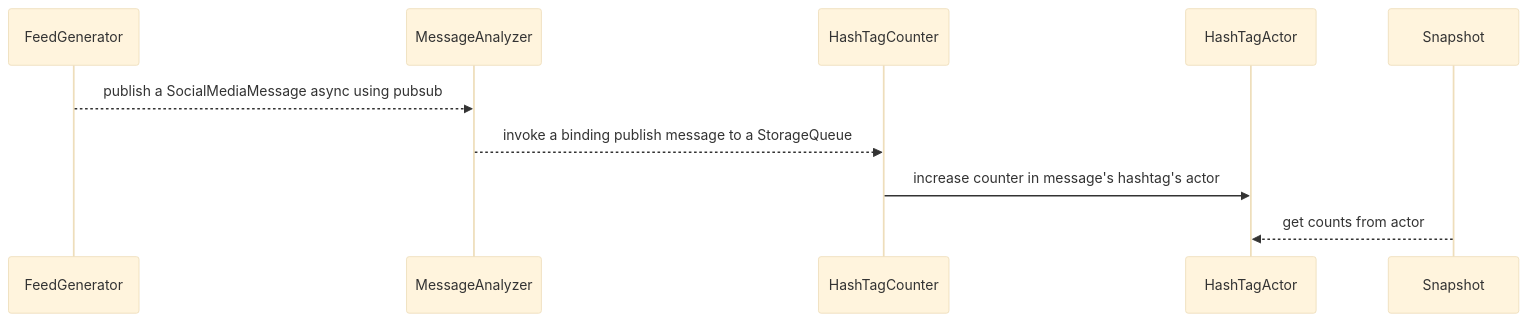
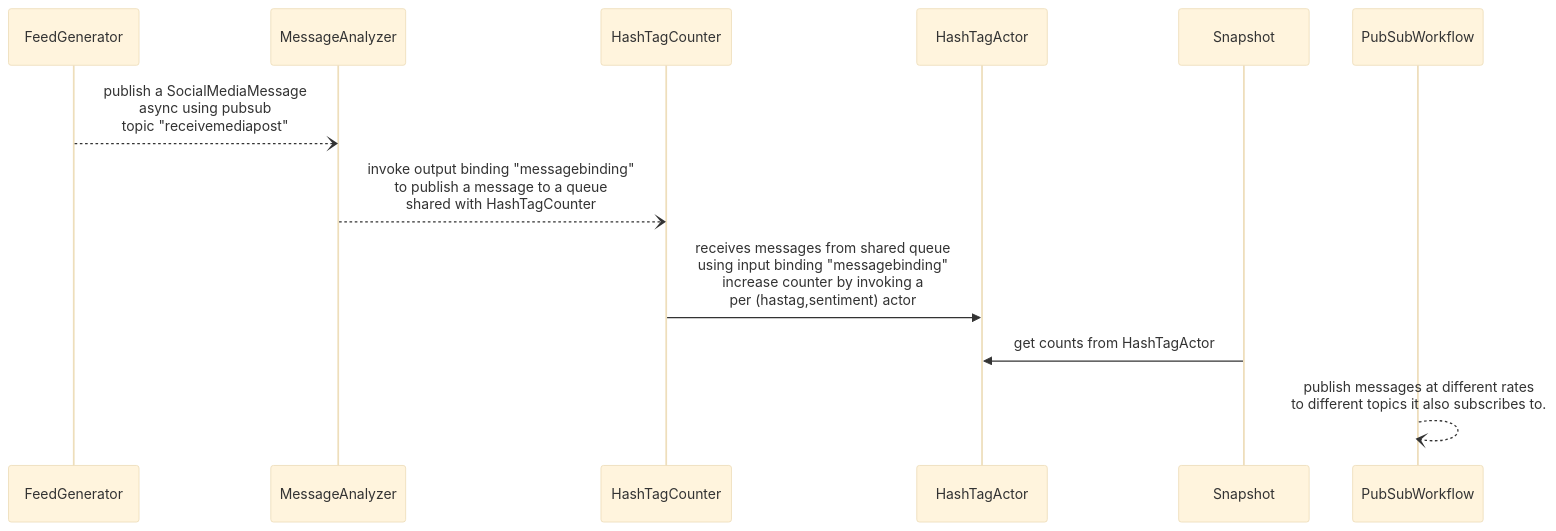
One commit to dapr/test-infra changed the diagram in README.md. Above: the diagram before and after it, drawn with Mermaid (base theme). The commit also changed other lines of this file and 20 other files, not shown here.

````diff
--- a/README.md
+++ b/README.md
@@ -14,8 +17,8 @@
 ```mermaid
 sequenceDiagram
-FeedGenerator -->> MessageAnalyzer : publish a SocialMediaMessage async using pubsub
-MessageAnalyzer -->> HashTagCounter: invoke a binding publish message to a StorageQueue
-HashTagCounter ->> HashTagActor: increase counter in message's hashtag's actor
-
-Snapshot -->> HashTagActor: get counts from actor
+FeedGenerator --) MessageAnalyzer : publish a SocialMediaMessage <br> async using pubsub <br> topic "receivemediapost"
+MessageAnalyzer --) HashTagCounter: invoke output binding "messagebinding" <br> to publish a message to a queue <br> shared with HashTagCounter
+HashTagCounter ->> HashTagActor: receives messages from shared queue <br> using input binding "messagebinding" <br> increase counter by invoking a <br> per (hastag,sentiment) actor
+Snapshot ->> HashTagActor: get counts from HashTagActor
+PubSubWorkflow --) PubSubWorkflow: publish messages at different rates <br> to different topics it also subscribes to.
 ```
````
